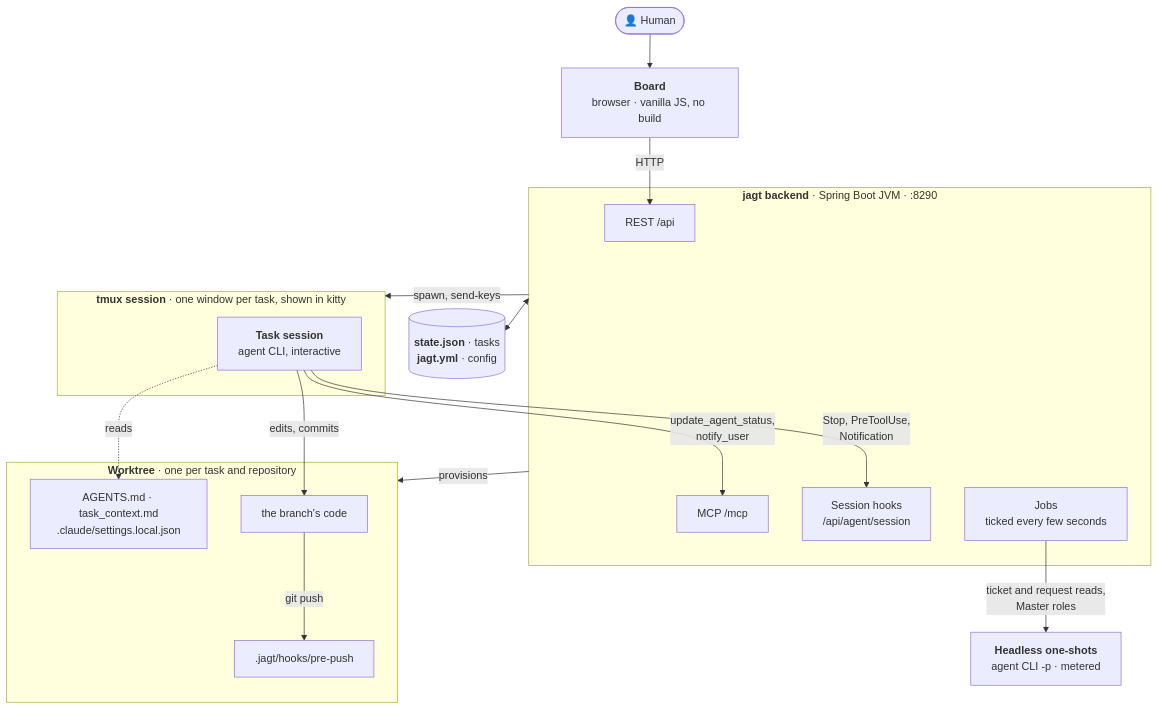
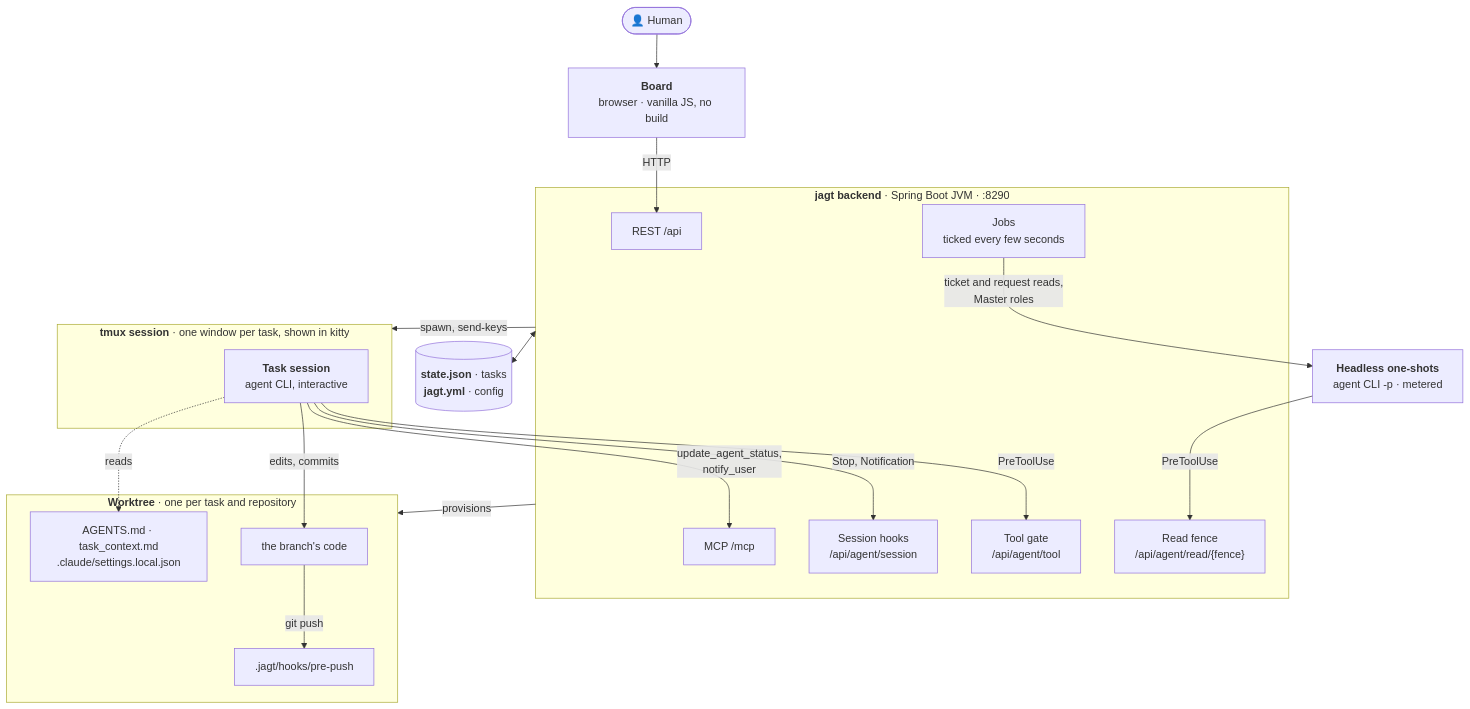
One commit to GulDmitry/jagt changed the second of 6 diagrams in docs/c4.md. Above: the diagram before and after it, drawn with Mermaid. The commit also changed other lines of this file, not shown here.

Commit message:
The C4 map drew the session's PreToolUse to /api/agent/session, no fence for the headless one-shot, and layer 1 as refusing only a push elsewhere; PreToolUse goes to /api/agent/tool, the one-shot's to /api/agent/read/{fence}, and layer 1 points at the records listing what it refuses

````diff
--- a/docs/c4.md
+++ b/docs/c4.md
@@ -37,37 +37,41 @@
 ```mermaid
 flowchart TB
     human(["👤 Human"])
     board["<b>Board</b><br/>browser · vanilla JS, no build"]
 
     subgraph jvm["<b>jagt backend</b> · Spring Boot JVM · :8290"]
         rest["REST /api"]
         mcp["MCP /mcp"]
         hookapi["Session hooks<br/>/api/agent/session"]
+        toolgate["Tool gate<br/>/api/agent/tool"]
+        fence["Read fence<br/>/api/agent/read/{fence}"]
         jobs["Jobs<br/>ticked every few seconds"]
     end
 
     files[("<b>state.json</b> · tasks<br/><b>jagt.yml</b> · config")]
 
     subgraph tmux["<b>tmux session</b> · one window per task, shown in kitty"]
         s1["<b>Task session</b><br/>agent CLI, interactive"]
     end
 
     subgraph wt["<b>Worktree</b> · one per task and repository"]
         brief["AGENTS.md · task_context.md<br/>.claude/settings.local.json"]
         guard[".jagt/hooks/pre-push"]
         code["the branch's code"]
     end
 
     oneshot["<b>Headless one-shots</b><br/>agent CLI -p · metered"]
 
     human --> board -- "HTTP" --> rest
     jvm <--> files
     jvm -- "spawn, send-keys" --> tmux
     s1 -- "update_agent_status,<br/>notify_user" --> mcp
-    s1 -- "Stop, PreToolUse,<br/>Notification" --> hookapi
+    s1 -- "Stop, Notification" --> hookapi
+    s1 -- "PreToolUse" --> toolgate
     s1 -- "edits, commits" --> code
     s1 -. "reads" .-> brief
     code -- "git push" --> guard
     jobs -- "ticket and request reads,<br/>Master roles" --> oneshot
+    oneshot -- "PreToolUse" --> fence
     jvm -- "provisions" --> wt
 ```
````
